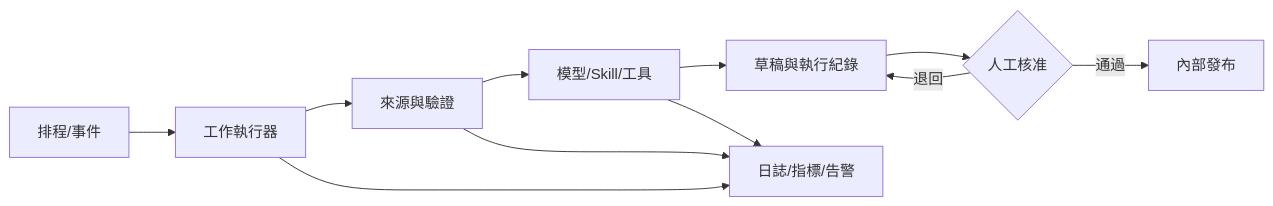
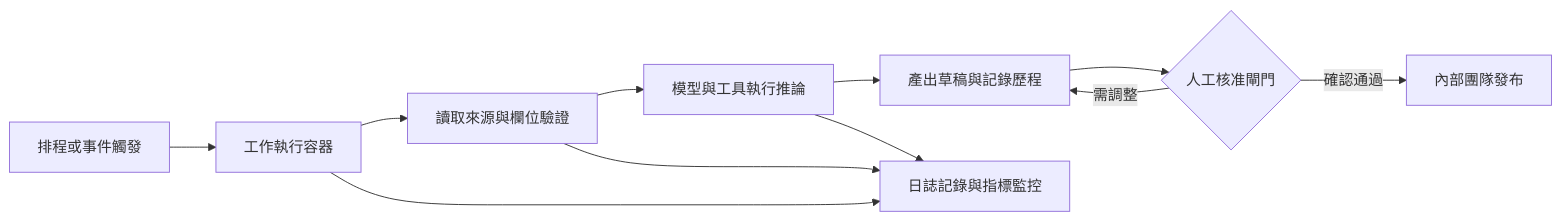
Before and after one commit to AdaaWu/2026ithome-claude-skills: the diagram in articles/day-28.md, drawn with Mermaid. The commit also changed other lines of this file and 65 other files, not shown here.

````diff
--- a/articles/day-28.md
+++ b/articles/day-28.md
@@ -15,13 +22,13 @@
 ```mermaid
 flowchart LR
-  A[排程/事件] --> B[工作執行器]
-  B --> C[來源與驗證]
-  C --> D[模型/Skill/工具]
-  D --> E[草稿與執行紀錄]
-  E --> F{人工核准}
-  F -- 通過 --> G[內部發布]
-  F -- 退回 --> E
-  B --> H[日誌/指標/告警]
+  A[排程或事件觸發] --> B[工作執行容器]
+  B --> C[讀取來源與欄位驗證]
+  C --> D[模型與工具執行推論]
+  D --> E[產出草稿與記錄歷程]
+  E --> F{人工核准閘門}
+  F -- 確認通過 --> G[內部團隊發布]
+  F -- 需調整 --> E
+  B --> H[日誌記錄與指標監控]
   C --> H
   D --> H
 ```
````
